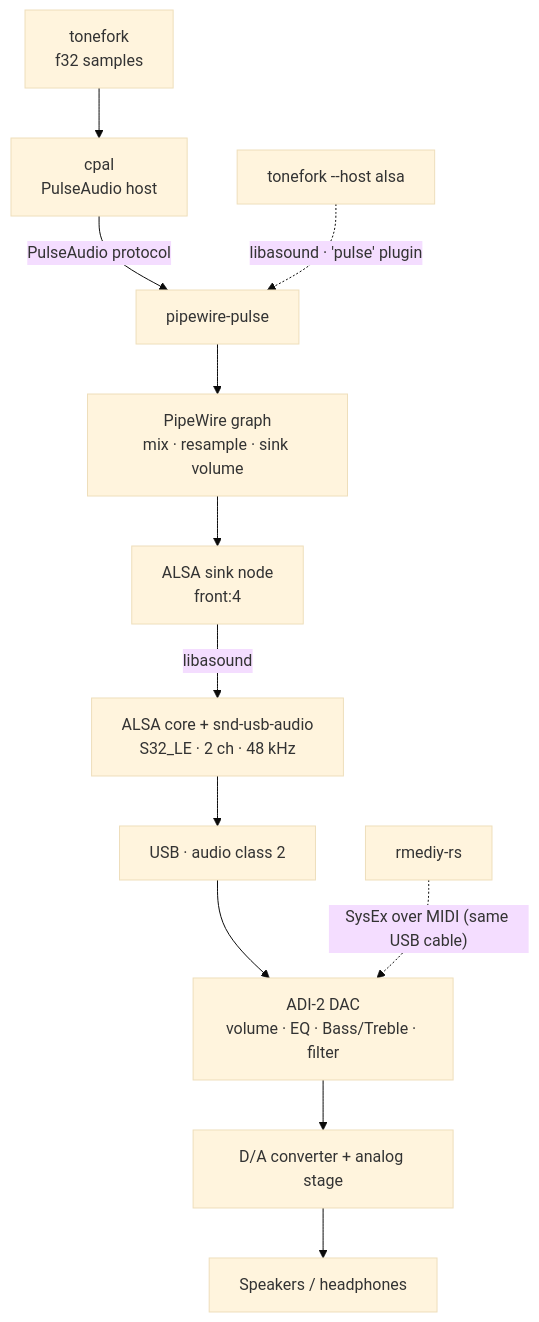
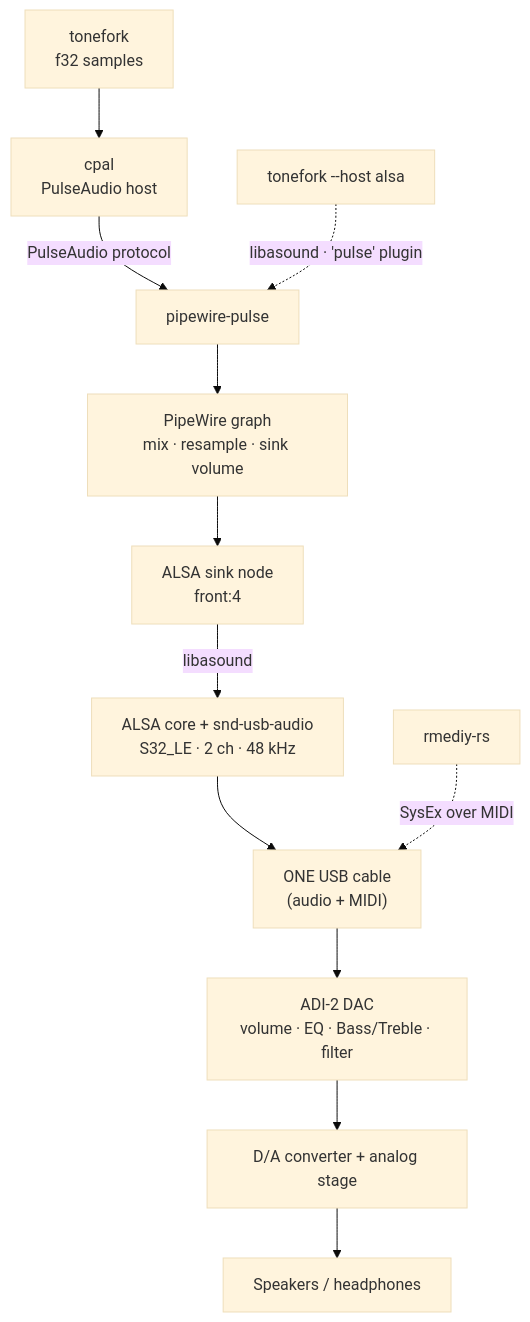
One commit to asyd/tonefork changed the diagram in docs/audio-path.md. Above: the diagram before and after it, drawn with Mermaid (base theme). The commit also changed other lines of this file and 2 other files, not shown here.

Commit message:
Audio path diagram: show audio and MIDI sharing one USB cable

````diff
--- a/docs/audio-path.md
+++ b/docs/audio-path.md
@@ -10,15 +10,15 @@
 ```mermaid
 flowchart TD
     T[tonefork<br/>f32 samples] --> C[cpal<br/>PulseAudio host]
     C -->|PulseAudio protocol| P[pipewire-pulse]
     P --> G[PipeWire graph<br/>mix · resample · sink volume]
     G --> S[ALSA sink node<br/>front:4]
     S -->|libasound| K[ALSA core + snd-usb-audio<br/>S32_LE · 2 ch · 48 kHz]
-    K --> U[USB · audio class 2]
+    K --> U["ONE USB cable<br/>(audio + MIDI)"]
     U --> D[ADI-2 DAC<br/>volume · EQ · Bass/Treble · filter]
     D --> A[D/A converter + analog stage]
     A --> O[Speakers / headphones]
 
-    R[rmediy-rs] -. "SysEx over MIDI (same USB cable)" .-> D
+    R[rmediy-rs] -. "SysEx over MIDI" .-> U
     T2[tonefork --host alsa] -. "libasound · 'pulse' plugin" .-> P
 ```
````
